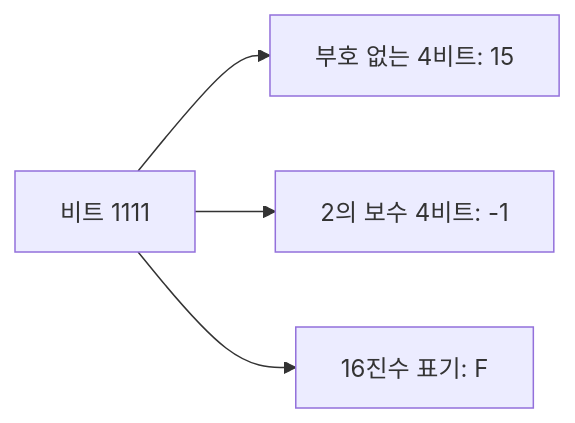
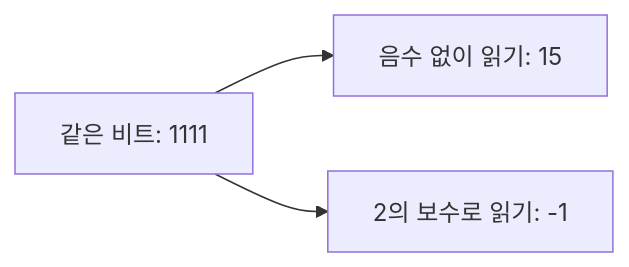
One commit to moocongpapa/it-study changed the diagram in content/topics/binary-representation.md. Above: the diagram before and after it, drawn with Mermaid. The commit also changed other lines of this file and 71 other files, not shown here.

````diff
--- a/content/topics/binary-representation.md
+++ b/content/topics/binary-representation.md
@@ -6,6 +20,5 @@
 ```mermaid
 flowchart LR
-  A["비트 1111"] --> B["부호 없는 4비트: 15"]
-  A --> C["2의 보수 4비트: -1"]
-  A --> D["16진수 표기: F"]
+ A["같은 비트: 1111"] --> B["음수 없이 읽기: 15"]
+ A --> C["2의 보수로 읽기: -1"]
 ```
````
